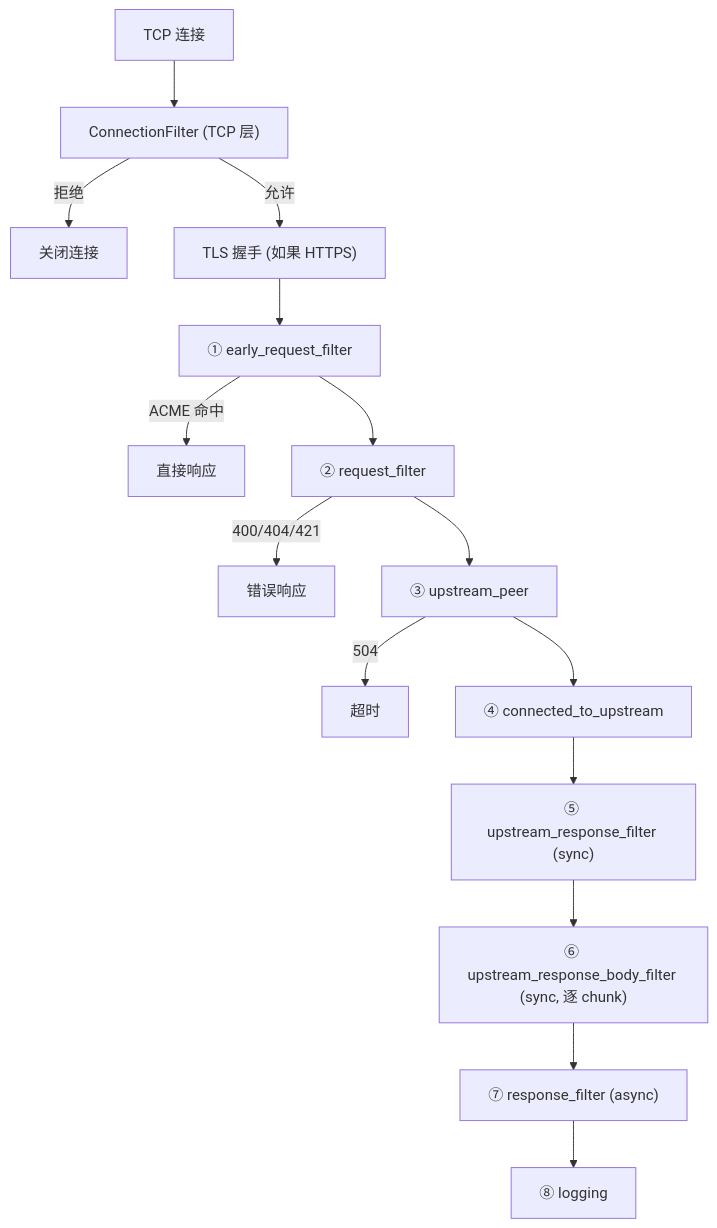
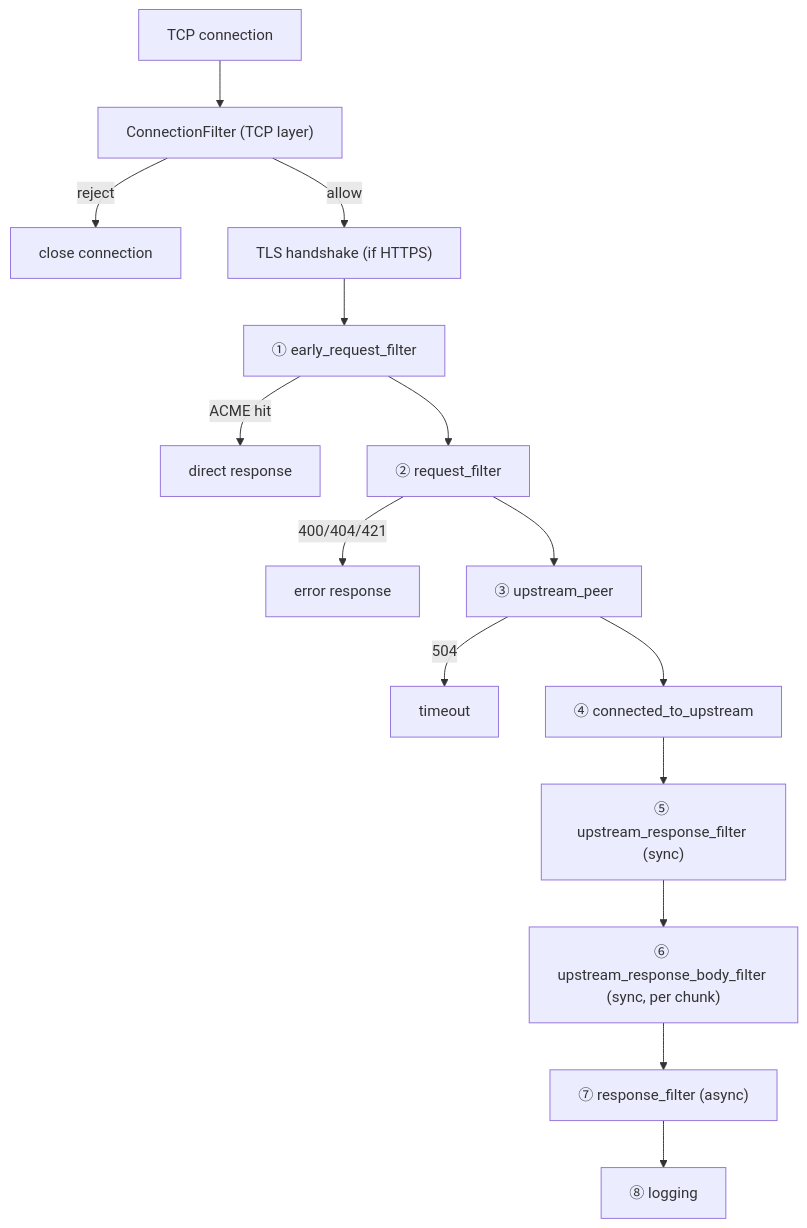
One commit to Pandaala/Edgion changed the diagram in skills/01-architecture/02-gateway/02-pingora-lifecycle.md. Above: the diagram before and after it, drawn with Mermaid. The commit also changed other lines of this file and 1373 other files, not shown here.

````diff
--- a/skills/01-architecture/02-gateway/02-pingora-lifecycle.md
+++ b/skills/01-architecture/02-gateway/02-pingora-lifecycle.md
@@ -12,17 +12,17 @@
 ```mermaid
 flowchart TD
-    TCP["TCP 连接"] --> CF["ConnectionFilter (TCP 层)"]
-    CF -->|"拒绝"| CLOSE["关闭连接"]
-    CF -->|"允许"| TLS["TLS 握手 (如果 HTTPS)"]
+    TCP["TCP connection"] --> CF["ConnectionFilter (TCP layer)"]
+    CF -->|"reject"| CLOSE["close connection"]
+    CF -->|"allow"| TLS["TLS handshake (if HTTPS)"]
     TLS --> S1["① early_request_filter"]
-    S1 -->|"ACME 命中"| ACME["直接响应"]
+    S1 -->|"ACME hit"| ACME["direct response"]
     S1 --> S2["② request_filter"]
-    S2 -->|"400/404/421"| ERR["错误响应"]
+    S2 -->|"400/404/421"| ERR["error response"]
     S2 --> S3["③ upstream_peer"]
-    S3 -->|"504"| TIMEOUT["超时"]
+    S3 -->|"504"| TIMEOUT["timeout"]
     S3 --> S4["④ connected_to_upstream"]
     S4 --> S5["⑤ upstream_response_filter (sync)"]
-    S5 --> S6["⑥ upstream_response_body_filter (sync, 逐 chunk)"]
+    S5 --> S6["⑥ upstream_response_body_filter (sync, per chunk)"]
     S6 --> S7["⑦ response_filter (async)"]
     S7 --> S8["⑧ logging"]
 ```
````
